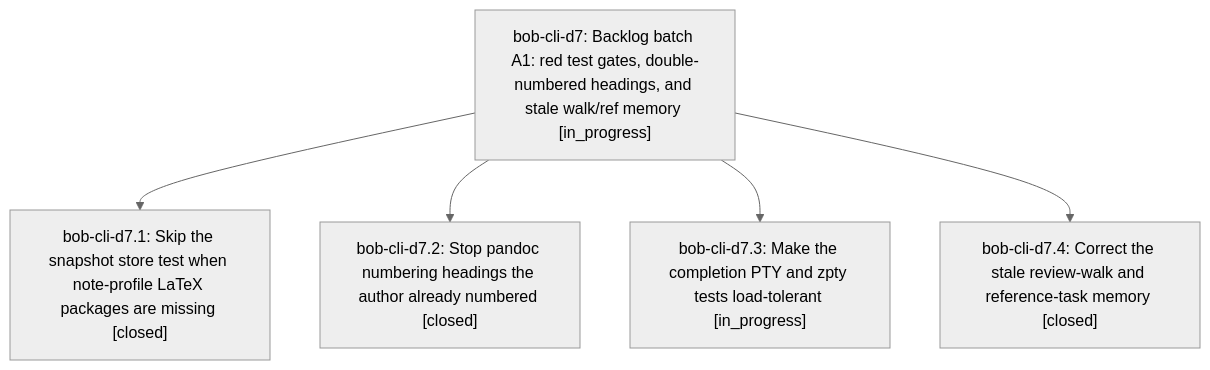
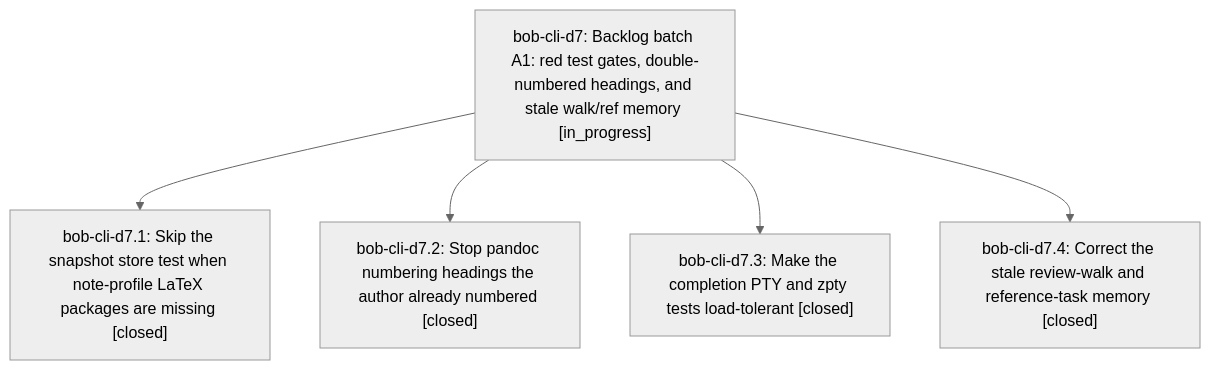
The diagram in pages/bob-cli-d7/README.md (bobs-org/bob-cli--beads), drawn with Mermaid (neutral theme) before and after one commit. The commit also changed other lines of this file and 2 other files, not shown here.

First line of the commit message:
chore(beads): sync bead state and pages for bob-cli-d7

````diff
--- a/pages/bob-cli-d7/README.md
+++ b/pages/bob-cli-d7/README.md
@@ -39,12 +39,12 @@
 ```mermaid
 flowchart TD
     n0["bob-cli-d7: Backlog batch A1: red test gates, double-numbered headings, and stale walk/ref memory [in_progress]"]
     n1["bob-cli-d7.1: Skip the snapshot store test when note-profile LaTeX packages are missing [closed]"]
     n2["bob-cli-d7.2: Stop pandoc numbering headings the author already numbered [closed]"]
-    n3["bob-cli-d7.3: Make the completion PTY and zpty tests load-tolerant [in_progress]"]
+    n3["bob-cli-d7.3: Make the completion PTY and zpty tests load-tolerant [closed]"]
     n4["bob-cli-d7.4: Correct the stale review-walk and reference-task memory [closed]"]
     n0 --> n1
     n0 --> n2
     n0 --> n3
     n0 --> n4
 ```
````
